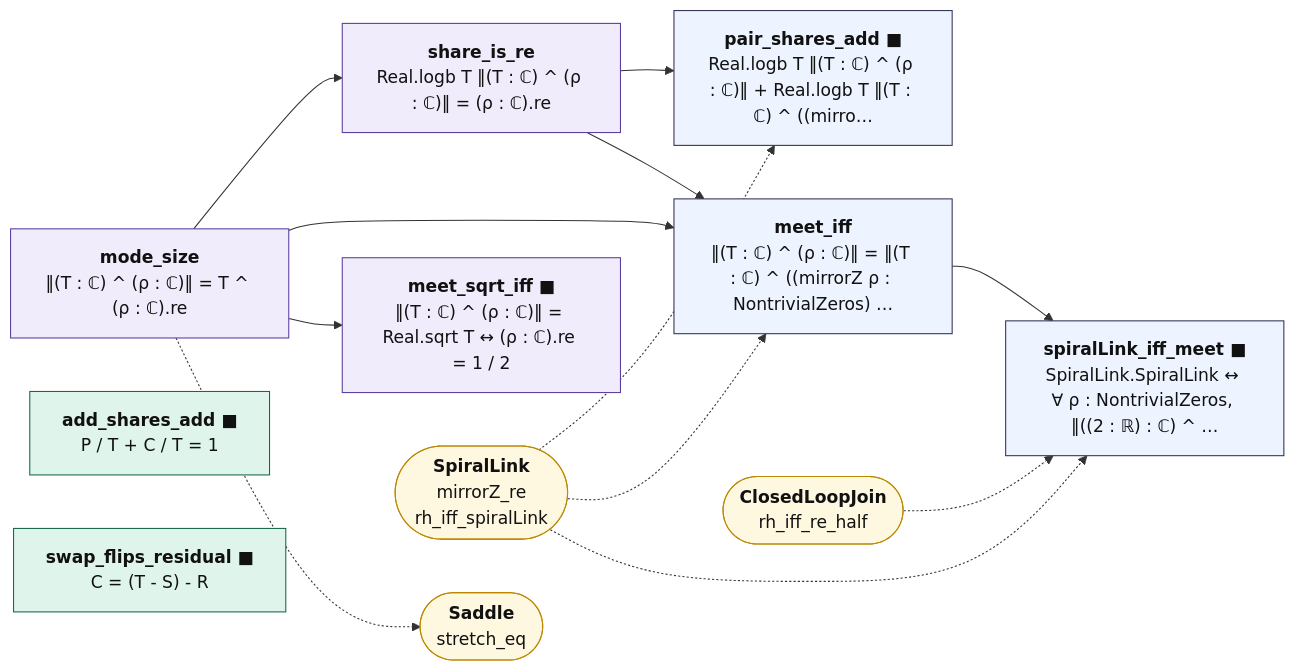
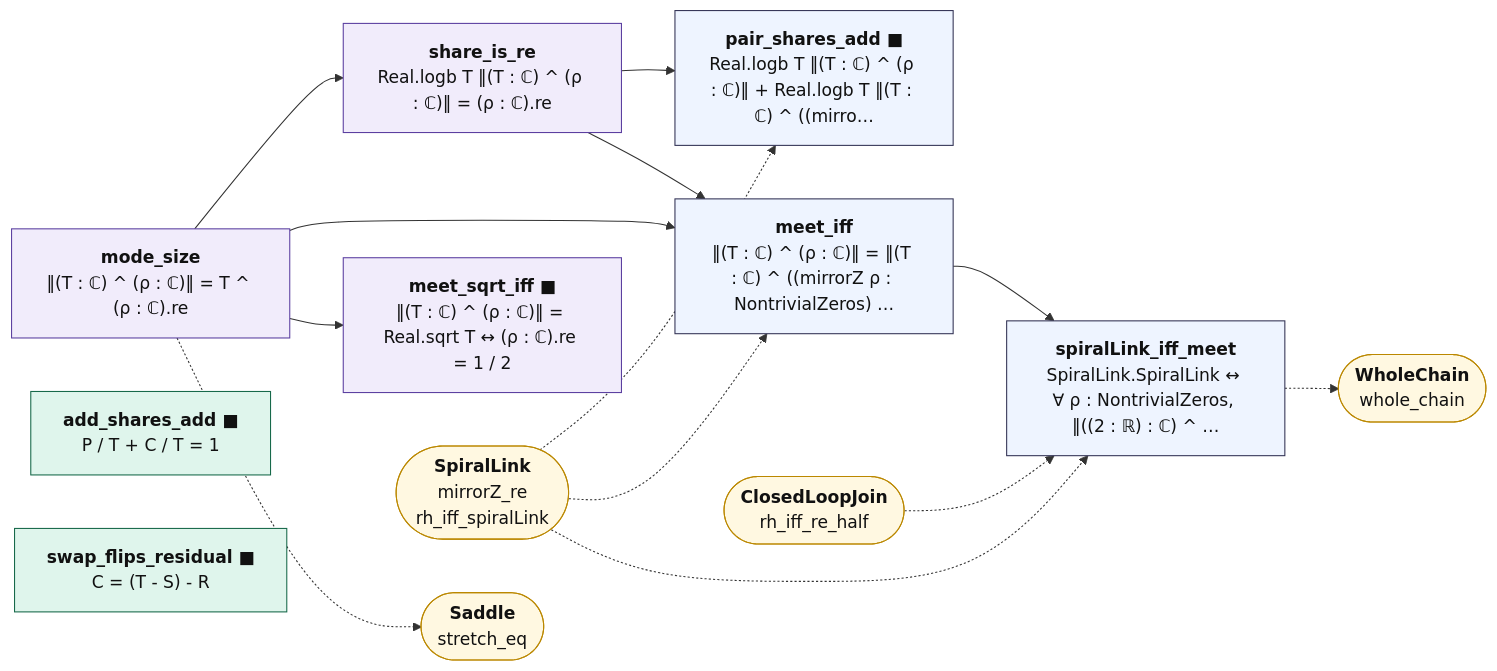
One commit to juliansambranojr/Primebeat_081426 changed the diagram in map/lean_stage3/ShareLink.md. Above: the diagram before and after it, drawn with Mermaid. The commit also changed other lines of this file and 57 other files, not shown here.

````diff
--- a/map/lean_stage3/ShareLink.md
+++ b/map/lean_stage3/ShareLink.md
@@ -14,33 +14,35 @@
 ```mermaid
 flowchart LR
   n0["<b>mode_size</b><br/>‖(T : ℂ) ^ (ρ : ℂ)‖ = T ^ (ρ : ℂ).re"]:::shp
   n1["<b>share_is_re</b><br/>Real.logb T ‖(T : ℂ) ^ (ρ : ℂ)‖ = (ρ : ℂ).re"]:::shp
   n2["<b>pair_shares_add ■</b><br/>Real.logb T ‖(T : ℂ) ^ (ρ : ℂ)‖ + Real.logb T ‖(T : ℂ) ^ ((mirro…"]:::thm
   n3["<b>add_shares_add ■</b><br/>P / T + C / T = 1"]:::cnt
   n4["<b>meet_iff</b><br/>‖(T : ℂ) ^ (ρ : ℂ)‖ = ‖(T : ℂ) ^ ((mirrorZ ρ : NontrivialZeros) …"]:::thm
   n5["<b>meet_sqrt_iff ■</b><br/>‖(T : ℂ) ^ (ρ : ℂ)‖ = Real.sqrt T ↔ (ρ : ℂ).re = 1 / 2"]:::shp
   n6["<b>swap_flips_residual ■</b><br/>C = (T - S) - R"]:::cnt
-  n7["<b>spiralLink_iff_meet ■</b><br/>SpiralLink.SpiralLink ↔ ∀ ρ : NontrivialZeros, ‖((2 : ℝ) : ℂ) ^ …"]:::thm
+  n7["<b>spiralLink_iff_meet</b><br/>SpiralLink.SpiralLink ↔ ∀ ρ : NontrivialZeros, ‖((2 : ℝ) : ℂ) ^ …"]:::thm
   x0(["<b>Saddle</b><br/>stretch_eq"]):::ext
   x1(["<b>SpiralLink</b><br/>mirrorZ_re<br/>rh_iff_spiralLink"]):::ext
   x2(["<b>ClosedLoopJoin</b><br/>rh_iff_re_half"]):::ext
+  x3(["<b>WholeChain</b><br/>whole_chain"]):::ext
   n0 --> n1
   n0 --> n4
   n0 --> n5
   n1 --> n2
   n1 --> n4
   n4 --> n7
   n0 -.-> x0
+  n7 -.-> x3
   x1 -.-> n2
   x1 -.-> n4
   x1 -.-> n7
   x2 -.-> n7
   classDef cnt fill:#dff5ec,stroke:#17694a,color:#111
   classDef shp fill:#f1ecfb,stroke:#5b3fa0,color:#111
   classDef rh fill:#ffe5e5,stroke:#c22,color:#111,stroke-width:2px
   classDef thm fill:#eef4ff,stroke:#335,color:#111
   classDef end_ fill:#e7f7e7,stroke:#2a7,color:#111,stroke-width:2px
   classDef lone fill:#fff,stroke:#999,color:#111,stroke-dasharray:4 3
   classDef bad fill:#ffe5e5,stroke:#c22,color:#111,stroke-width:2px
   classDef ext fill:#fff8e1,stroke:#b80,color:#111
 ```
````
